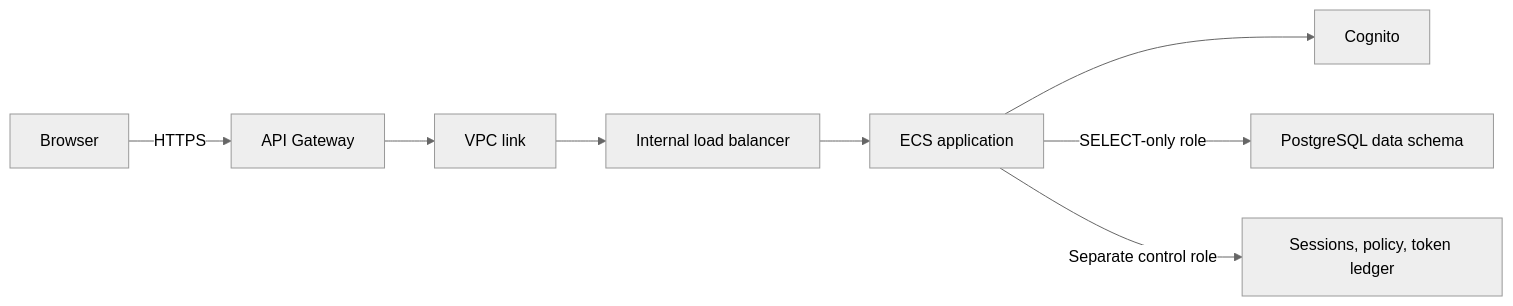
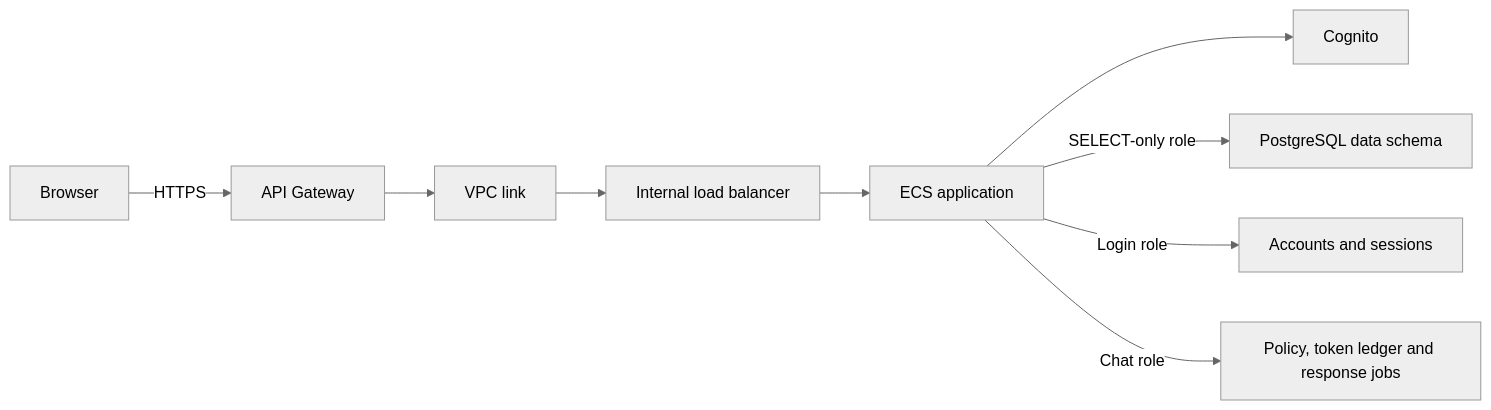
One commit to 02loveslollipop/coa-puroseka changed the diagram in docs/user-chat.md. Above: the diagram before and after it, drawn with Mermaid (neutral theme). The commit also changed other lines of this file and 14 other files, not shown here.

````diff
--- a/docs/user-chat.md
+++ b/docs/user-chat.md
@@ -43,10 +43,11 @@
 ```mermaid
 flowchart LR
     Browser -->|HTTPS| Gateway[API Gateway]
     Gateway --> Link[VPC link]
     Link --> ALB[Internal load balancer]
     ALB --> App[ECS application]
     App --> Cognito
     App -->|SELECT-only role| Data[PostgreSQL data schema]
-    App -->|Separate control role| State[Sessions, policy, token ledger]
+    App -->|Login role| Sessions[Accounts and sessions]
+    App -->|Chat role| State[Policy, token ledger and response jobs]
 ```
````
